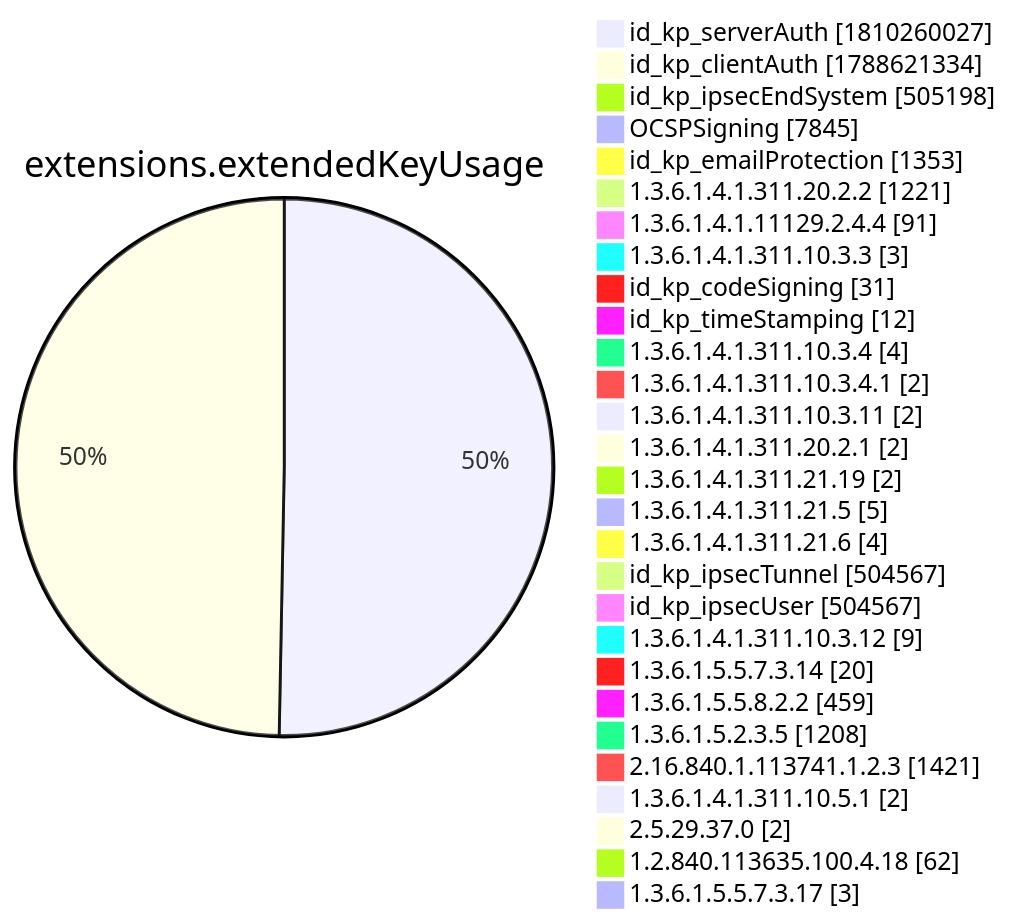
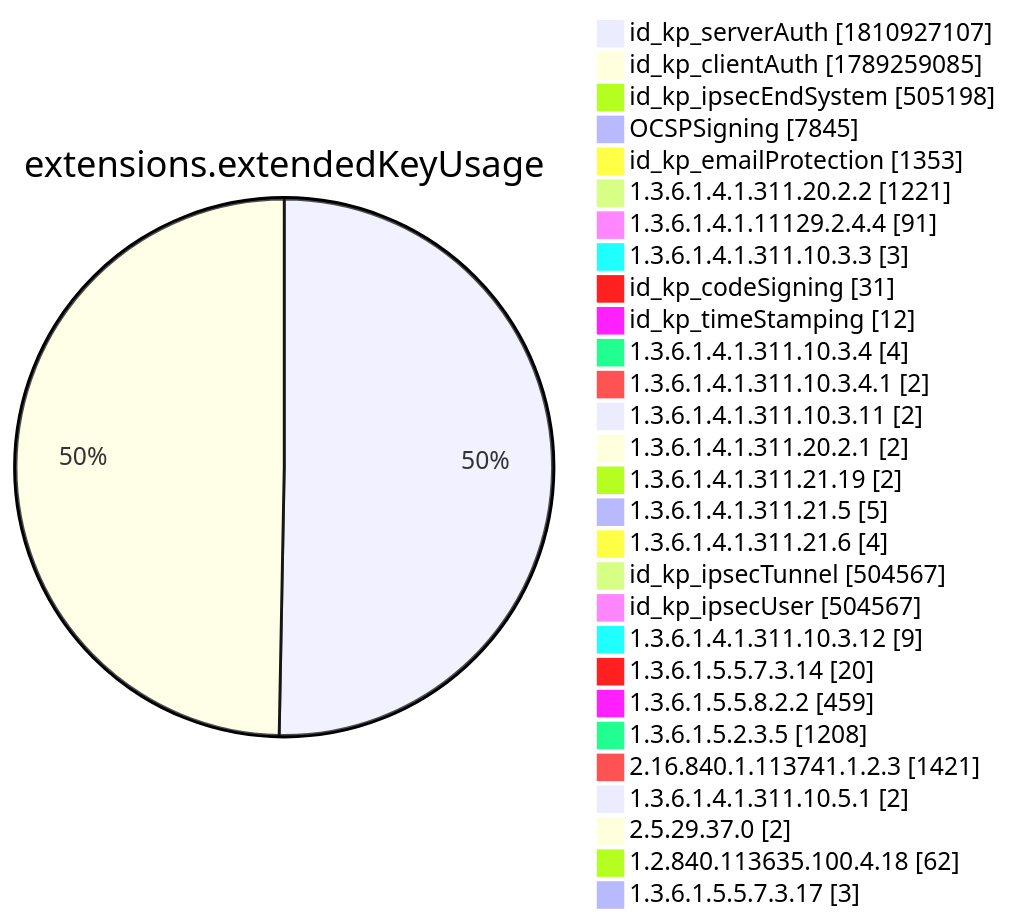
Diagram 12 of 15 in xenon2022/README.md (christiankrug/ctmonitor_visualization), drawn with Mermaid before and after one commit. The commit also changed other lines of this file, not shown here.

````diff
--- a/xenon2022/README.md
+++ b/xenon2022/README.md
@@ -3895,32 +3895,32 @@
 ```mermaid
 pie showData
 title extensions.extendedKeyUsage
-"id_kp_serverAuth" :1810260027
-"id_kp_clientAuth" :1788621334
+"id_kp_serverAuth" :1810927107
+"id_kp_clientAuth" :1789259085
 "id_kp_ipsecEndSystem" :505198
 "OCSPSigning" :7845
 "id_kp_emailProtection" :1353
 "1.3.6.1.4.1.311.20.2.2" :1221
 "1.3.6.1.4.1.11129.2.4.4" :91
 "1.3.6.1.4.1.311.10.3.3" :3
 "id_kp_codeSigning" :31
 "id_kp_timeStamping" :12
 "1.3.6.1.4.1.311.10.3.4" :4
 "1.3.6.1.4.1.311.10.3.4.1" :2
 "1.3.6.1.4.1.311.10.3.11" :2
 "1.3.6.1.4.1.311.20.2.1" :2
 "1.3.6.1.4.1.311.21.19" :2
 "1.3.6.1.4.1.311.21.5" :5
 "1.3.6.1.4.1.311.21.6" :4
 "id_kp_ipsecTunnel" :504567
 "id_kp_ipsecUser" :504567
 "1.3.6.1.4.1.311.10.3.12" :9
 "1.3.6.1.5.5.7.3.14" :20
 "1.3.6.1.5.5.8.2.2" :459
 "1.3.6.1.5.2.3.5" :1208
 "2.16.840.1.113741.1.2.3" :1421
 "1.3.6.1.4.1.311.10.5.1" :2
 "2.5.29.37.0" :2
 "1.2.840.113635.100.4.18" :62
 "1.3.6.1.5.5.7.3.17" :3
 ```
````
